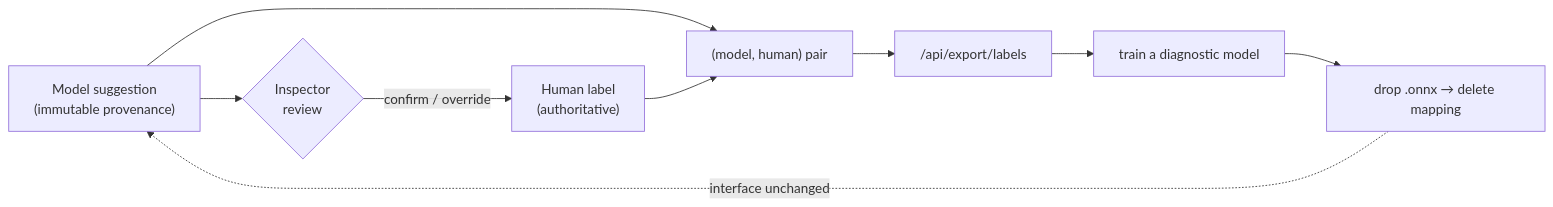
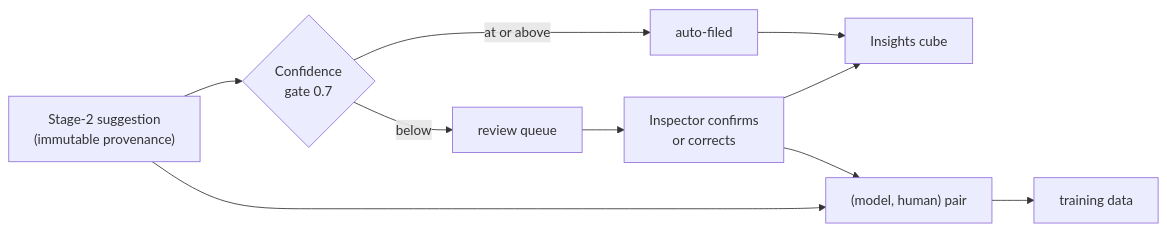
The third of 3 diagrams in README.md (kandulanikhilvarma/witness), drawn with Mermaid before and after one commit. The commit also changed other lines of this file and 1 other file, not shown here.

Commit message:
Rewrite README for full two-stage system

````diff
--- a/README.md
+++ b/README.md
@@ -106,11 +115,12 @@
 ```mermaid
 flowchart LR
-  M["Model suggestion<br/>(immutable provenance)"] --> R{"Inspector<br/>review"}
-  R -->|confirm / override| H["Human label<br/>(authoritative)"]
+  M["Stage-2 suggestion<br/>(immutable provenance)"] --> G{"Confidence<br/>gate 0.7"}
+  G -->|at or above| AUTO["auto-filed"]
+  G -->|below| Q["review queue"]
+  Q --> H["Inspector confirms<br/>or corrects"]
+  AUTO --> INS["Insights cube"]
+  H --> INS
   M --> PAIR["(model, human) pair"]
   H --> PAIR
-  PAIR --> EXPORT["/api/export/labels"]
-  EXPORT --> TRAIN["train a diagnostic model"]
-  TRAIN --> DROP["drop .onnx → delete mapping"]
-  DROP -.interface unchanged.-> M
+  PAIR --> TRAIN["training data"]
 ```
````
